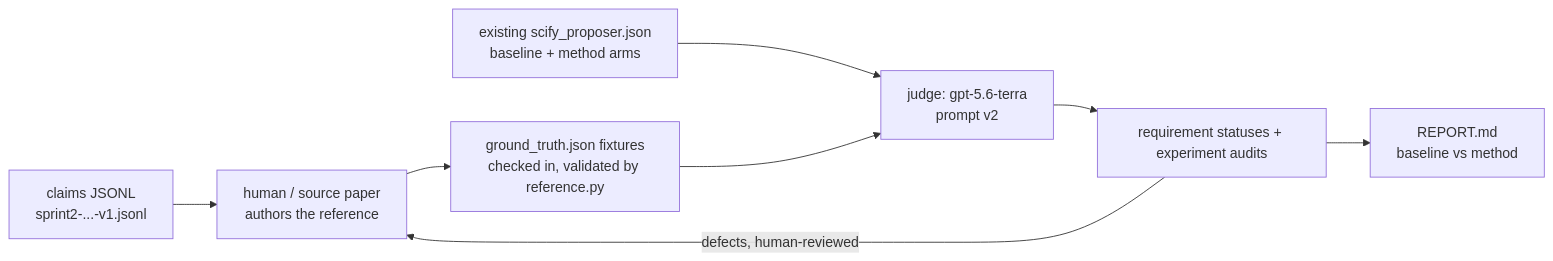
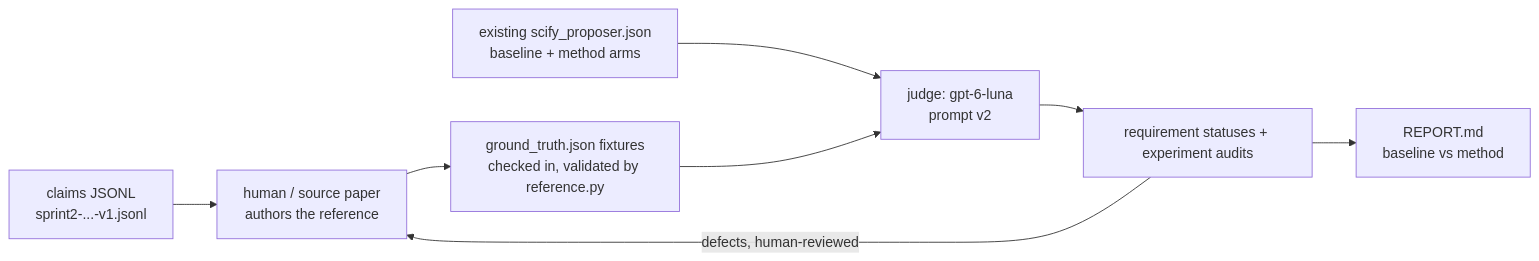
The diagram in docs/eval_harness_design.md (Wasiq-Malik/norm-cards), drawn with Mermaid before and after one commit. The commit also changed other lines of this file and 208 other files, not shown here.

````diff
--- a/docs/eval_harness_design.md
+++ b/docs/eval_harness_design.md
@@ -396,10 +396,10 @@
 ```mermaid
 flowchart LR
   B[claims JSONL\nsprint2-...-v1.jsonl] --> H[human / source paper\nauthors the reference]
   H --> GTJ[ground_truth.json fixtures\nchecked in, validated by reference.py]
   P[existing scify_proposer.json\nbaseline + method arms] --> EV
-  GTJ --> EV[judge: gpt-5.6-terra\nprompt v2]
+  GTJ --> EV[judge: gpt-6-luna\nprompt v2]
   EV --> J[requirement statuses + experiment audits]
   J --> R[REPORT.md\nbaseline vs method]
   J -->|defects, human-reviewed| H
 ```
````
